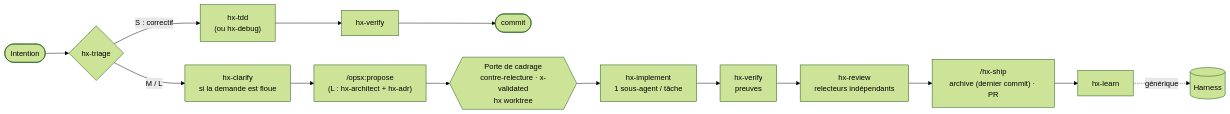
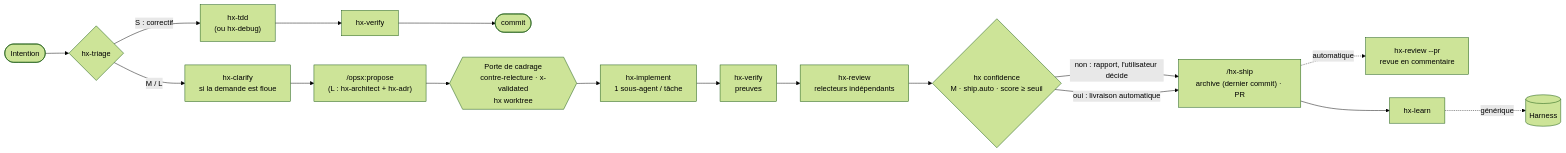
The second of 4 diagrams in docs/PLAN.md (PatayEnCroute/Harness), drawn with Mermaid (forest theme) before and after one commit. The commit also changed other lines of this file and 17 other files, not shown here.

First line of the commit message:
Livraison automatique selon un indice de confiance, revue de PR en commentaire

````diff
--- a/docs/PLAN.md
+++ b/docs/PLAN.md
@@ -54,14 +54,17 @@
 ```mermaid
 flowchart LR
   I([Intention]) --> T{hx-triage}
   T -->|S : correctif| TDD["hx-tdd<br/>(ou hx-debug)"]
   TDD --> VS[hx-verify] --> CM([commit])
   T -->|M / L| C["hx-clarify<br/>si la demande est floue"] --> P["/opsx:propose<br/>(L : hx-architect + hx-adr)"]
   P --> G{{"Porte de cadrage<br/>contre-relecture · x-validated<br/>hx worktree"}}
   G --> IM["hx-implement<br/>1 sous-agent / tâche"]
   IM --> V["hx-verify<br/>preuves"]
   V --> RV["hx-review<br/>relecteurs indépendants"]
-  RV --> SH["/hx-ship<br/>archive (dernier commit) · PR"]
+  RV --> HC{"hx confidence<br/>M · ship.auto · score ≥ seuil"}
+  HC -->|non : rapport, l'utilisateur décide| SH["/hx-ship<br/>archive (dernier commit) · PR"]
+  HC -->|oui : livraison automatique| SH
+  SH -.->|automatique| PR["hx-review --pr<br/>revue en commentaire"]
   SH --> L[hx-learn]
   L -.->|générique| HX[(Harness)]
 ```
````
